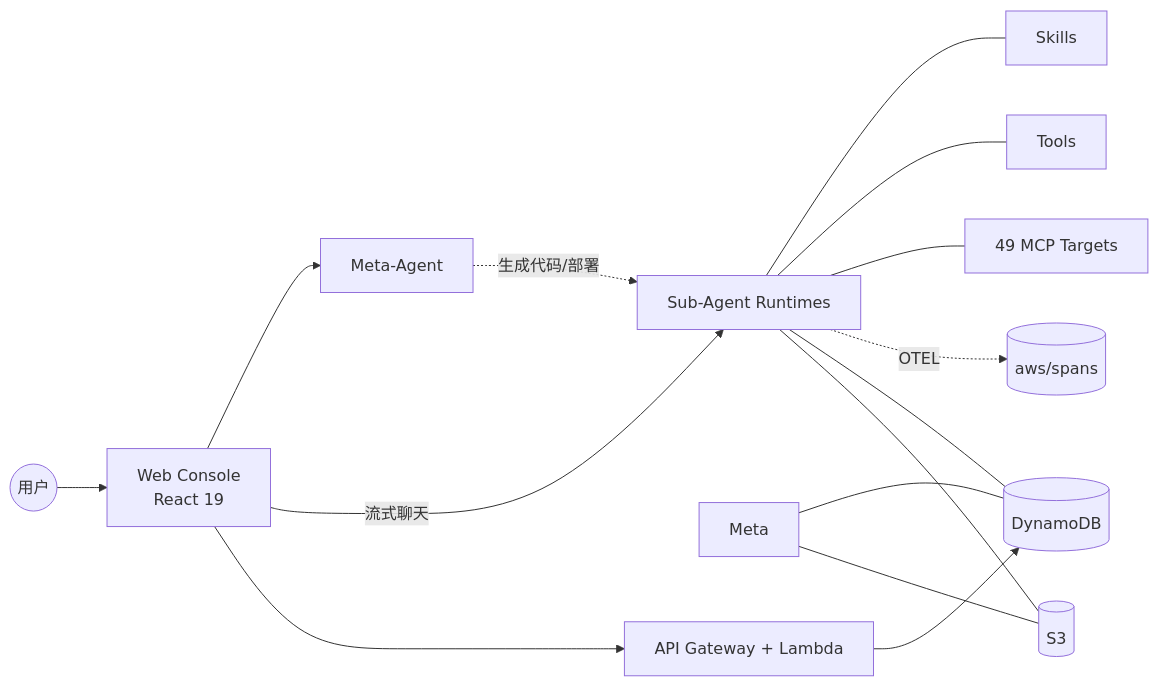
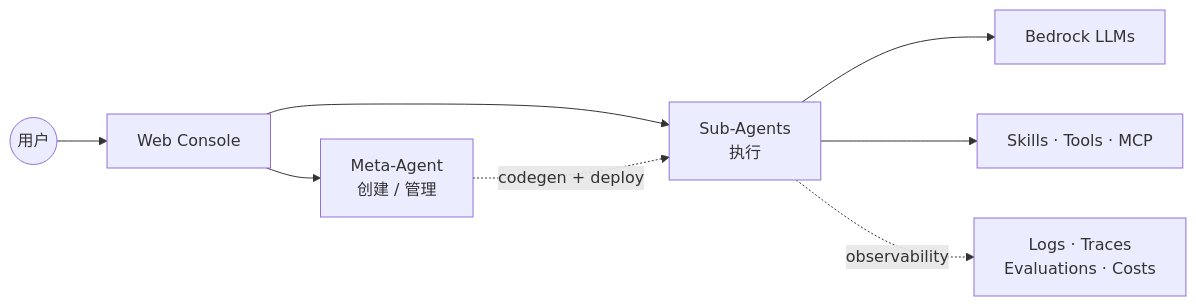
Before and after one commit to ddpie/agent-studio: the first of 2 diagrams in README.md, drawn with Mermaid. The commit also changed other lines of this file and 1 other file, not shown here.

Commit message:
docs: simplify README architecture diagram, add detailed docs/architecture.md
The README diagram had drifted:
- Drew FE going directly to Meta/Agents/API, skipping CloudFront
- Missed Cognito, Invoke Lambda, EventBridge Scheduler, Evaluator,
  Bedrock models, A2A proxy
- Hardcoded '49 MCP Targets' would age badly

Replace with a 7-node diagram that a reader can parse in 3 seconds
(User → Console → Meta/Sub → LLMs + Tools + Observability). Keep the
bilingual versions in sync. Move the full system diagram + per-component
notes (request paths, observability data flow, evaluator lifecycle,
scheduler gotchas) to docs/architecture.md.

````diff
--- a/README.md
+++ b/README.md
@@ -22,14 +22,10 @@
 ```mermaid
 graph LR
-    User((用户)) --> FE[Web Console<br/>React 19]
-    FE --> META[Meta-Agent]
-    FE -->|流式聊天| Agents
-
-    META -.生成代码/部署.-> Agents[Sub-Agent Runtimes]
-    Agents --- Skills[Skills] & Tools[Tools] & MCP[49 MCP Targets]
-
-    Agents -.OTEL.-> Spans[(aws/spans)]
-    Meta & Agents --- DDB[(DynamoDB)] & S3[(S3)]
-
-    FE --> API[API Gateway + Lambda] --> DDB
+    User((用户)) --> Web[Web Console]
+    Web --> Meta[Meta-Agent<br/>创建 / 管理]
+    Web --> Sub[Sub-Agents<br/>执行]
+    Meta -.codegen + deploy.-> Sub
+    Sub --> LLM[Bedrock LLMs]
+    Sub --> Ext[Skills · Tools · MCP]
+    Sub -.observability.-> Obs[Logs · Traces<br/>Evaluations · Costs]
 ```
````
